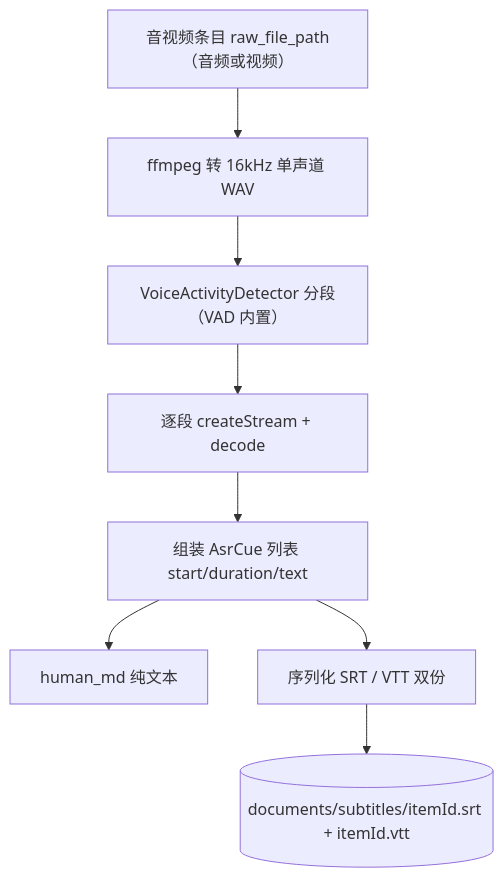
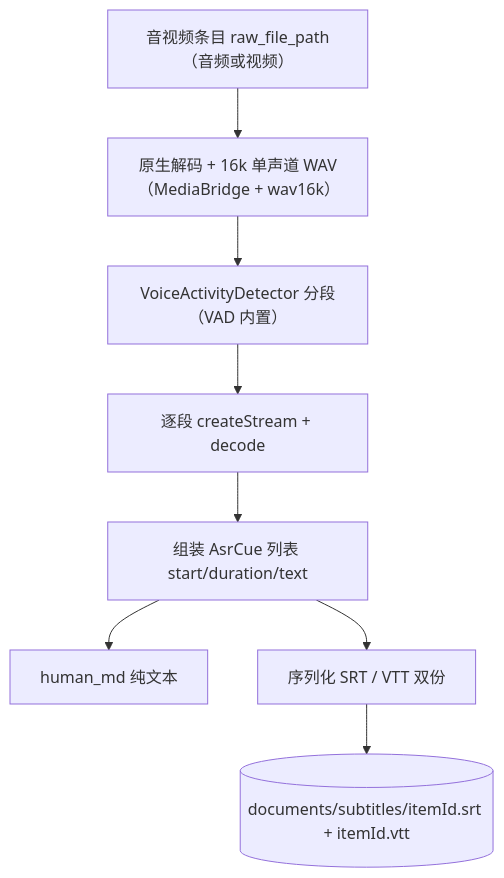
One commit to loveheng/goodshare changed the first of 3 diagrams in docs/design/asr-subtitle.md. Above: the diagram before and after it, drawn with Mermaid. The commit also changed other lines of this file and 172 other files, not shown here.

````diff
--- a/docs/design/asr-subtitle.md
+++ b/docs/design/asr-subtitle.md
@@ -29,10 +29,10 @@
 ```mermaid
 flowchart TD
-    A[音视频条目 raw_file_path（音频或视频）] --> B[ffmpeg 转 16kHz 单声道 WAV]
+    A[音视频条目 raw_file_path（音频或视频）] --> B[原生解码 + 16k 单声道 WAV\n（MediaBridge + wav16k）]
     B --> F[VoiceActivityDetector 分段（VAD 内置）]
     F --> G[逐段 createStream + decode]
     G --> H[组装 AsrCue 列表 start/duration/text]
     H --> I[human_md 纯文本]
     H --> J[序列化 SRT / VTT 双份]
     J --> K[(documents/subtitles/itemId.srt + itemId.vtt)]
 ```
````
